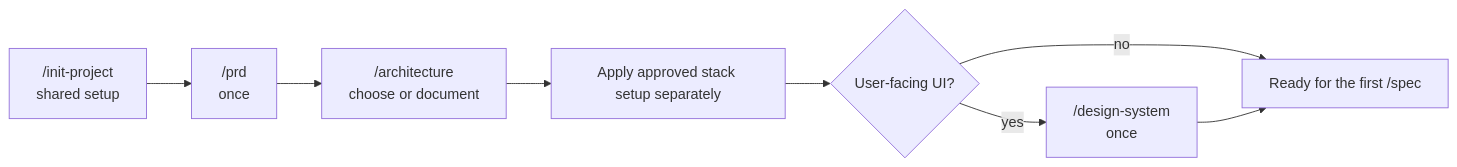
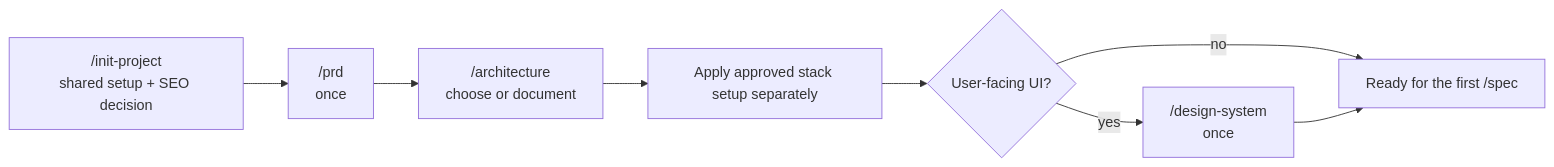
One commit to the-blue-coder/agentic-starter changed the second of 6 diagrams in README.md. Above: the diagram before and after it, drawn with Mermaid. The commit also changed other lines of this file and 39 other files, not shown here.

````diff
--- a/README.md
+++ b/README.md
@@ -159,10 +161,10 @@
 ```mermaid
 flowchart LR
-  init["/init-project<br/>shared setup"] --> prd["/prd<br/>once"]
+  init["/init-project<br/>shared setup + SEO decision"] --> prd["/prd<br/>once"]
   prd --> architecture["/architecture<br/>choose or document"]
   architecture --> setup["Apply approved stack setup separately"]
   setup --> ui{"User-facing UI?"}
   ui -- no --> firstSpec["Ready for the first /spec"]
   ui -- yes --> design["/design-system<br/>once"]
   design --> firstSpec
 ```
````
